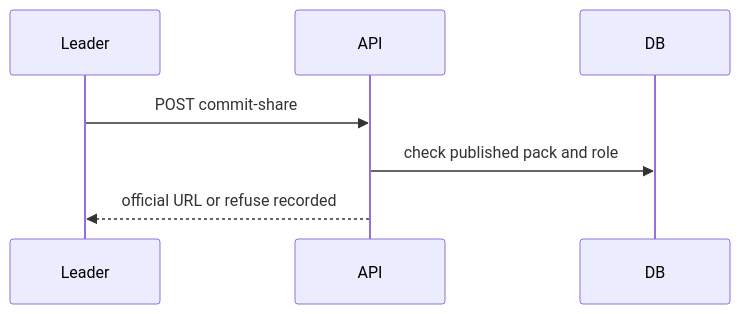
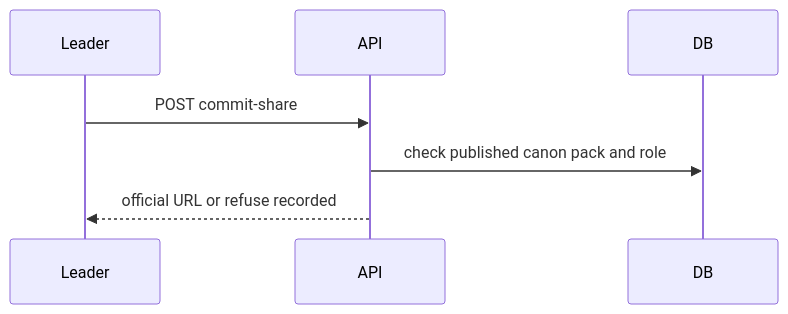
One commit to Axon-Enjin/pollux changed the second of 2 diagrams in docs/sdd-pollux.md. Above: the diagram before and after it, drawn with Mermaid. The commit also changed other lines of this file and 49 other files, not shown here.

````diff
--- a/docs/sdd-pollux.md
+++ b/docs/sdd-pollux.md
@@ -228,9 +271,9 @@
 ```mermaid
 sequenceDiagram
   participant Leader
   participant API
   participant DB
   Leader->>API: POST commit-share
-  API->>DB: check published pack and role
+  API->>DB: check published canon pack and role
   API-->>Leader: official URL or refuse recorded
 ```
````
